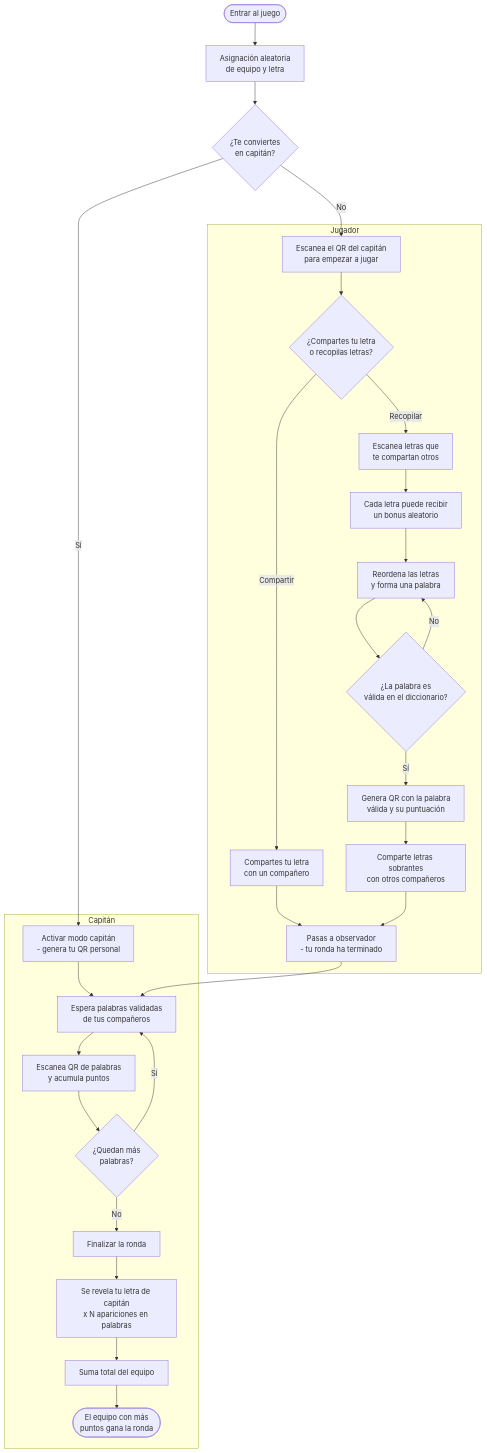
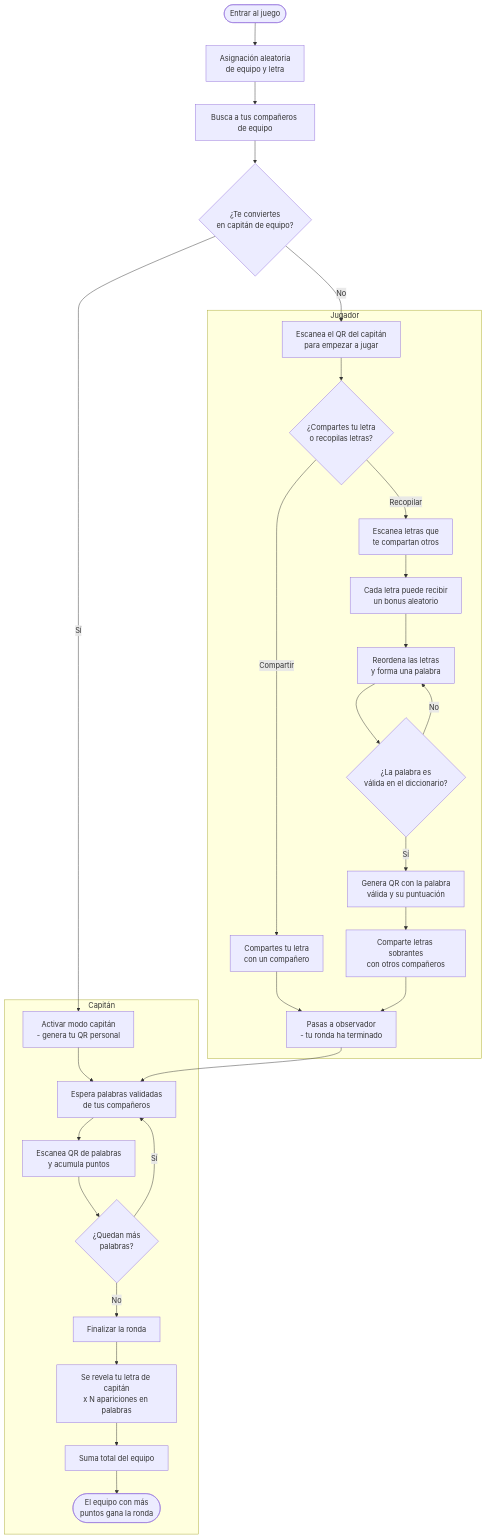
One commit to juanjmerono/skratica changed the diagram in README.md. Above: the diagram before and after it, drawn with Mermaid. The commit also changed other lines of this file, not shown here.

Commit message:
Fix minor issue flowchart

````diff
--- a/README.md
+++ b/README.md
@@ -55,35 +57,36 @@
 ```mermaid
 flowchart TD
     START([Entrar al juego]) --> ASSIGN[Asignación aleatoria<br>de equipo y letra]
-    ASSIGN --> CAPTAIN_DECISION{¿Te conviertes<br>en capitán?}
+    ASSIGN --> SEARCH[Busca a tus compañeros de equipo]
+    SEARCH --> CAPTAIN_DECISION{¿Te conviertes<br>en capitán de equipo?}
 
     CAPTAIN_DECISION -->|Sí| BECOME_CAPTAIN[Activar modo capitán<br>- genera tu QR personal]
     CAPTAIN_DECISION -->|No| SCAN_CAPTAIN[Escanea el QR del capitán<br>para empezar a jugar]
 
     subgraph Capitán
         BECOME_CAPTAIN --> WAIT[Espera palabras validadas<br>de tus compañeros]
         WAIT --> SCAN_WORD[Escanea QR de palabras<br>y acumula puntos]
         SCAN_WORD --> MORE{¿Quedan más<br>palabras?}
         MORE -->|Sí| WAIT
         MORE -->|No| FINISH[Finalizar la ronda]
         FINISH --> REVEAL[Se revela tu letra de capitán<br>x N apariciones en palabras]
         REVEAL --> TOTAL[Suma total del equipo]
         TOTAL --> WIN([El equipo con más<br>puntos gana la ronda])
     end
 
     subgraph Jugador
         SCAN_CAPTAIN --> DECIDE{¿Compartes tu letra<br>o recopilas letras?}
         DECIDE -->|Compartir| SHARE[Compartes tu letra<br>con un compañero]
         SHARE --> OBSERVER[Pasas a observador<br>- tu ronda ha terminado]
         DECIDE -->|Recopilar| COLLECT[Escanea letras que<br>te compartan otros]
         COLLECT --> BONUS[Cada letra puede recibir<br>un bonus aleatorio]
         BONUS --> REORDER[Reordena las letras<br>y forma una palabra]
         REORDER --> VALIDATE{¿La palabra es<br>válida en el diccionario?}
         VALIDATE -->|No| REORDER
         VALIDATE -->|Sí| DELIVER[Genera QR con la palabra<br>válida y su puntuación]
         DELIVER --> SURPLUS[Comparte letras sobrantes<br>con otros compañeros]
         SURPLUS --> OBSERVER
     end
 
     OBSERVER --> WAIT
 ```
````
